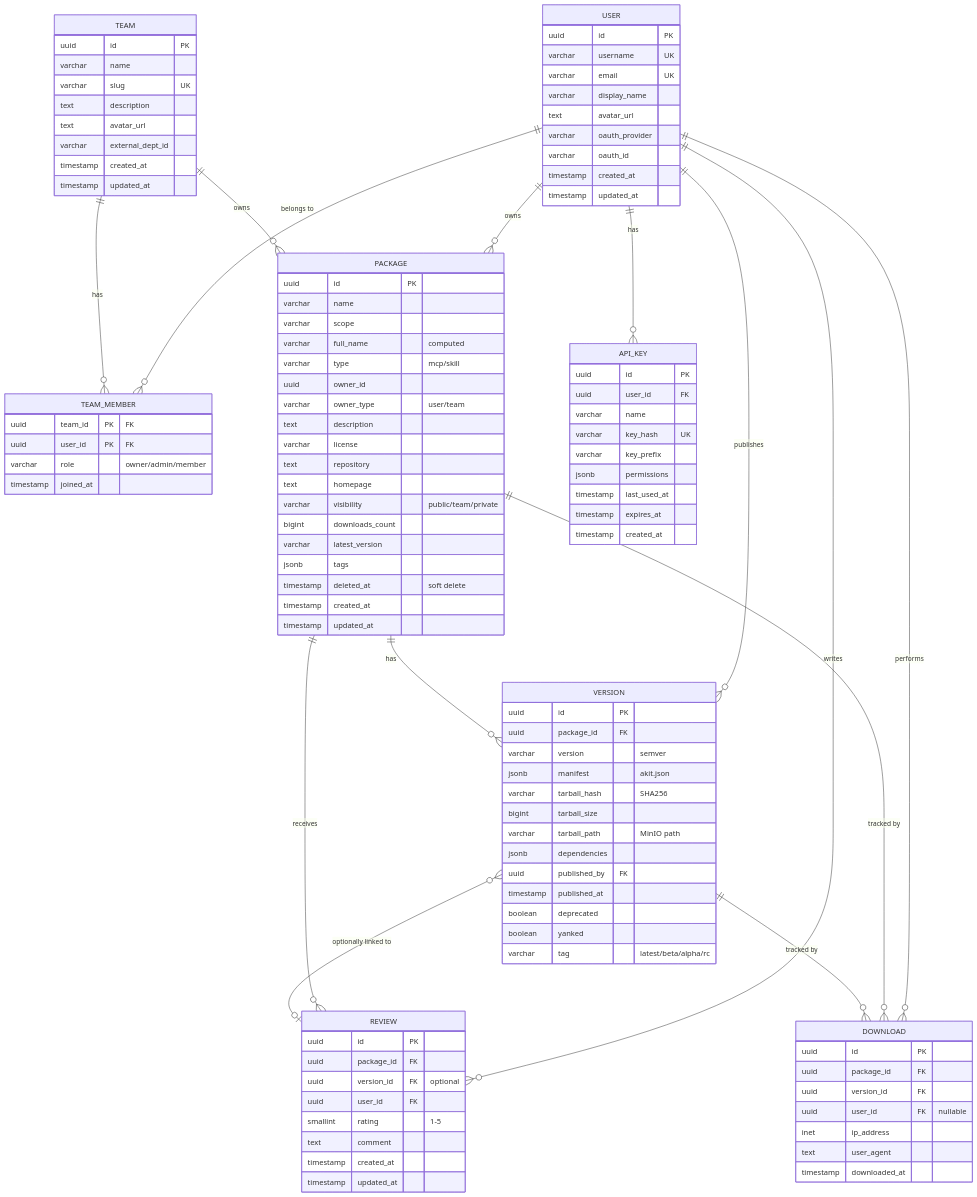
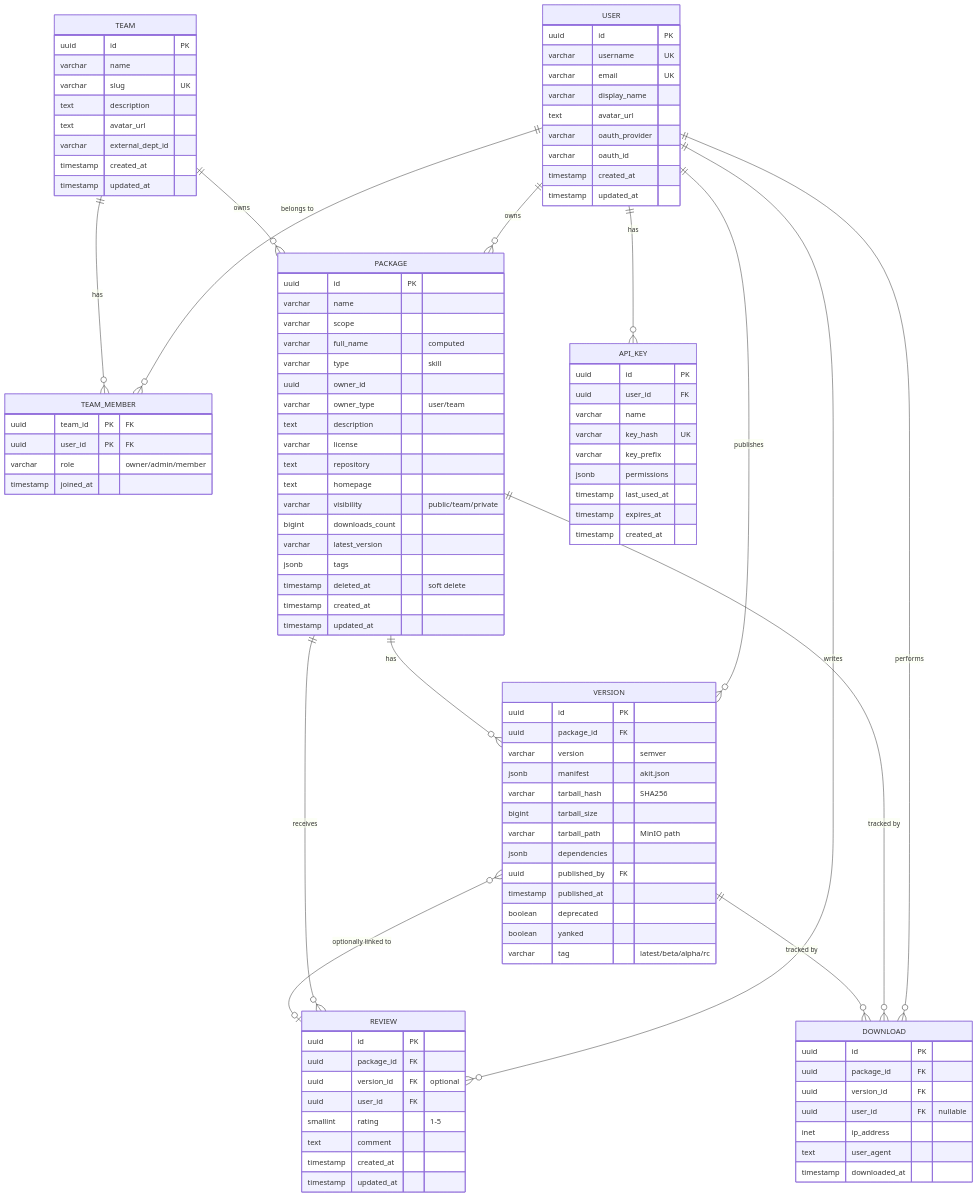
The first of 11 diagrams in docs/architecture/diagrams/04-er-diagram.md (afine907/agent-kit-admin), drawn with Mermaid before and after one commit. The commit also changed other lines of this file and 126 other files, not shown here.

First line of the commit message:
refactor!: 移除 MCP 支持并引入 Skill 测试对话 Agent

```diff
--- a/docs/architecture/diagrams/04-er-diagram.md
+++ b/docs/architecture/diagrams/04-er-diagram.md
@@ -56,7 +56,7 @@
         varchar name
         varchar scope
         varchar full_name "computed"
-        varchar type "mcp/skill"
+        varchar type "skill"
         uuid owner_id
         varchar owner_type "user/team"
         text description
```
